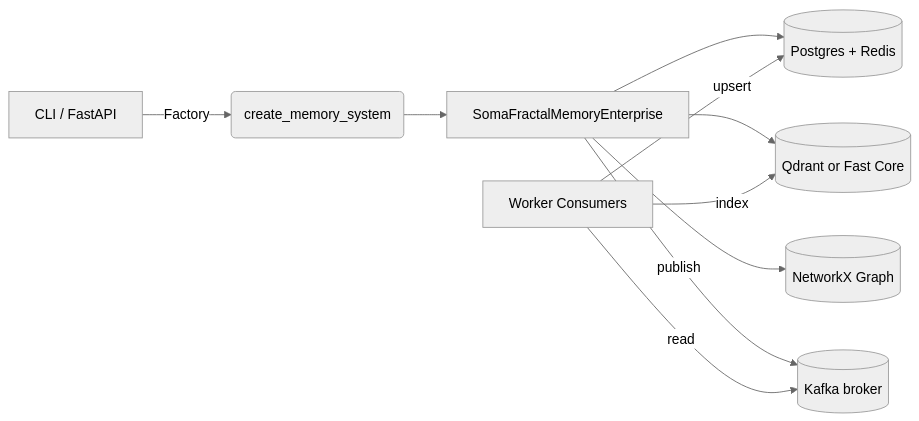
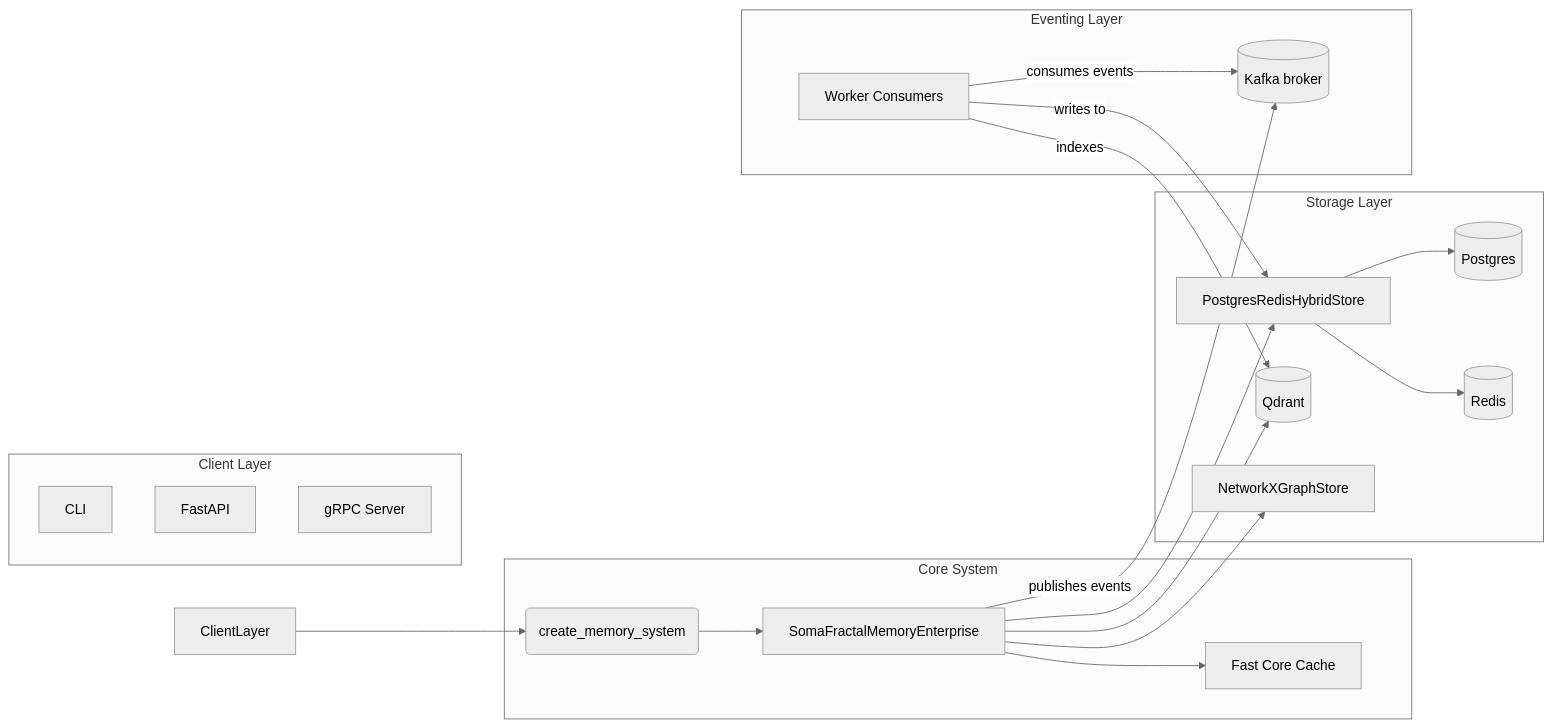
Before and after one commit to somatechlat/somafractalmemory: the diagram in docs/ARCHITECTURE.md, drawn with Mermaid (neutral theme). The commit also changed other lines of this file and 18 other files, not shown here.

````diff
--- a/docs/ARCHITECTURE.md
+++ b/docs/ARCHITECTURE.md
@@ -8,12 +8,41 @@
 ```mermaid
 flowchart LR
-   Client[CLI / FastAPI] -->|Factory| Factory(create_memory_system)
-   Factory --> Core[SomaFractalMemoryEnterprise]
-   Core --> KV[(Postgres + Redis)]
-   Core --> Vec[(Qdrant or Fast Core)]
-   Core --> Graph[(NetworkX Graph)]
-   Core -->|publish| Kafka[(Kafka broker)]
-   Consumer[Worker Consumers] -->|read| Kafka
-   Consumer -->|upsert| KV
-   Consumer -->|index| Vec
+   subgraph "Client Layer"
+      CLI[CLI]
+      FastAPI[FastAPI]
+      gRPC[gRPC Server]
+   end
+
+   subgraph "Core System"
+      Factory(create_memory_system)
+      Core[SomaFractalMemoryEnterprise]
+      FastCore[Fast Core Cache]
+   end
+
+   subgraph "Storage Layer"
+      HybridStore[PostgresRedisHybridStore]
+      Postgres[(Postgres)]
+      Redis[(Redis)]
+      Qdrant[(Qdrant)]
+      GraphStore[NetworkXGraphStore]
+   end
+
+   subgraph "Eventing Layer"
+      Kafka[(Kafka broker)]
+      Consumer[Worker Consumers]
+   end
+
+   ClientLayer --> Factory
+   Factory --> Core
+   Core --> HybridStore
+   Core --> Qdrant
+   Core --> GraphStore
+   Core --> FastCore
+   HybridStore --> Postgres
+   HybridStore --> Redis
+   Core -- publishes events --> Kafka
+   Consumer -- consumes events --> Kafka
+   Consumer -- writes to --> HybridStore
+   Consumer -- indexes --> Qdrant
+
 ```
````
